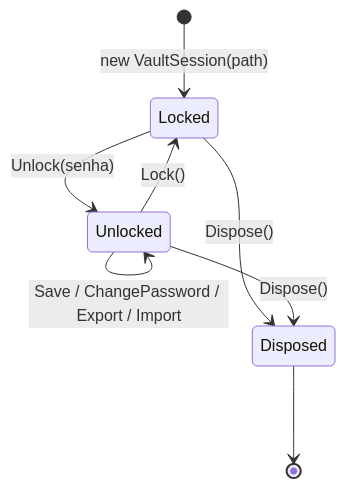
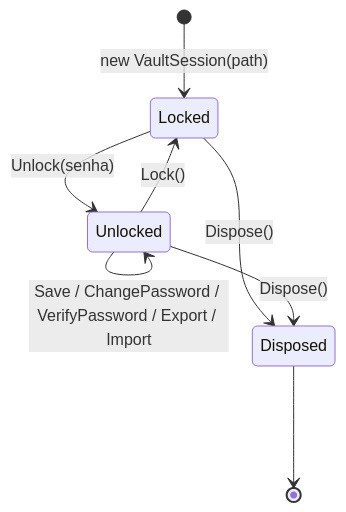
One commit to lucas-llb/passwordManagement changed the third of 7 diagrams in docs/architecture.md. Above: the diagram before and after it, drawn with Mermaid. The commit also changed other lines of this file and 26 other files, not shown here.

````diff
--- a/docs/architecture.md
+++ b/docs/architecture.md
@@ -160,10 +163,10 @@
 ```mermaid
 stateDiagram-v2
     [*] --> Locked: new VaultSession(path)
     Locked --> Unlocked: Unlock(senha)
-    Unlocked --> Unlocked: Save / ChangePassword / Export / Import
+    Unlocked --> Unlocked: Save / ChangePassword / VerifyPassword / Export / Import
     Unlocked --> Locked: Lock()
     Locked --> Disposed: Dispose()
     Unlocked --> Disposed: Dispose()
     Disposed --> [*]
 ```
````
